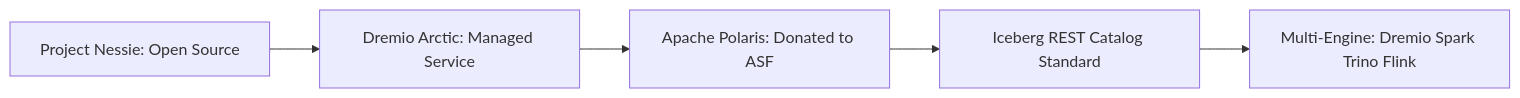
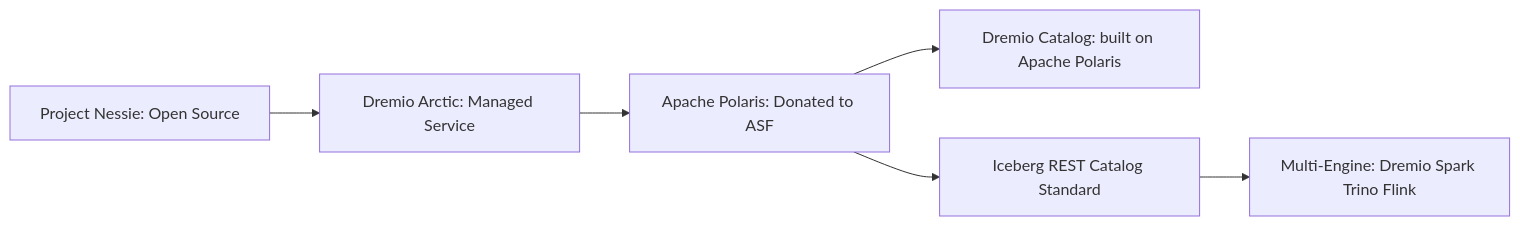
One commit to AlexMercedCoder/openlakehouse_com changed the second of 2 diagrams in src/content/kb/dremio-arctic.md. Above: the diagram before and after it, drawn with Mermaid. The commit also changed other lines of this file and 9 other files, not shown here.

First line of the commit message:
Describe Dremio's catalog as Dremio Catalog, built on Apache Polaris

````diff
--- a/src/content/kb/dremio-arctic.md
+++ b/src/content/kb/dremio-arctic.md
@@ -74,7 +76,8 @@
 ```mermaid
 graph LR
     A[Project Nessie: Open Source] --> B[Dremio Arctic: Managed Service]
     B --> C[Apache Polaris: Donated to ASF]
+    C --> F[Dremio Catalog: built on Apache Polaris]
     C --> D[Iceberg REST Catalog Standard]
     D --> E[Multi-Engine: Dremio Spark Trino Flink]
 ```
````
